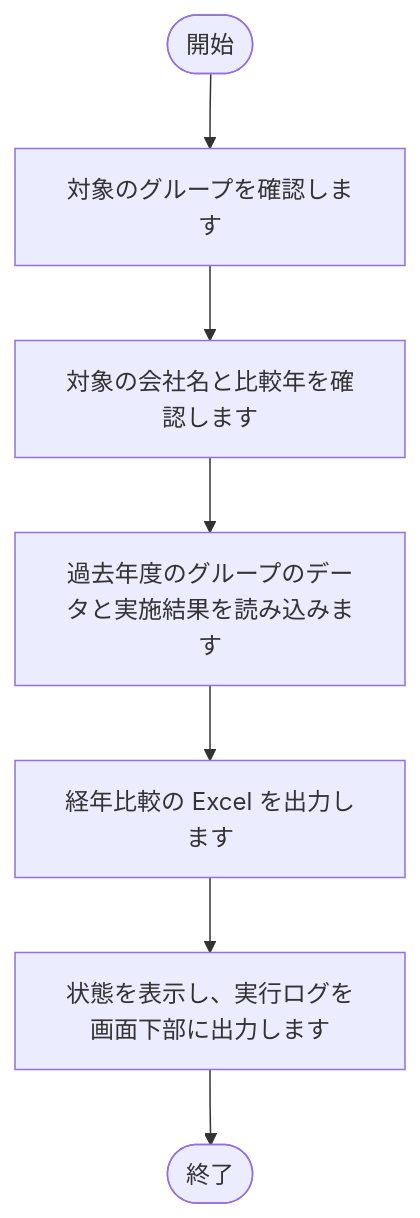
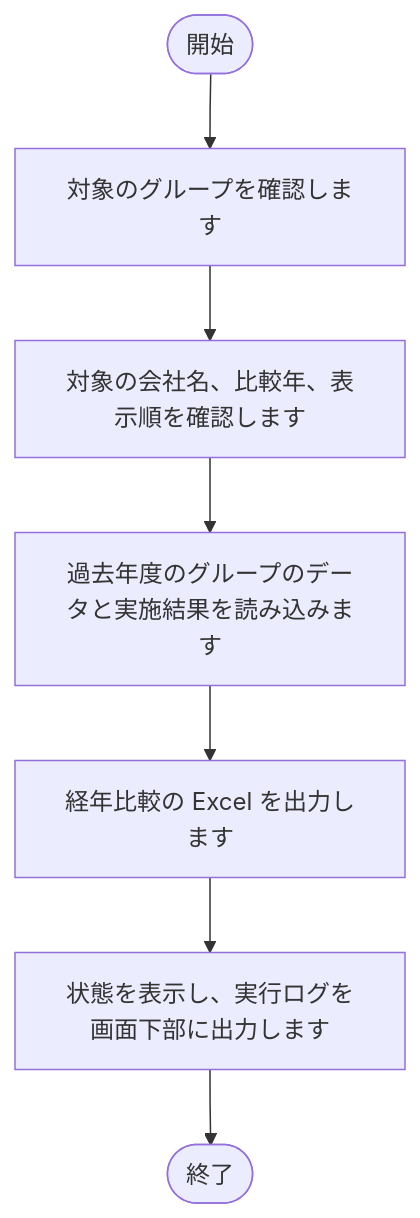
The ninth of 28 diagrams in tool/track-aggregator/doc/02_設計/処理フロー.md (nishida2073/project_management), drawn with Mermaid before and after one commit. The commit also changed other lines of this file and 19 other files, not shown here.

````diff
--- a/tool/track-aggregator/doc/02_設計/処理フロー.md
+++ b/tool/track-aggregator/doc/02_設計/処理フロー.md
@@ -240,16 +242,16 @@
 ```mermaid
 flowchart TD
     S(["開始"])
     E(["終了"])
     N1["対象のグループを確認します"]
     S --> N1
-    N2["対象の会社名と比較年を確認します"]
+    N2["対象の会社名、比較年、表示順を確認します"]
     N1 --> N2
     N3["過去年度のグループのデータと実施結果を読み込みます"]
     N2 --> N3
     N4["経年比較の Excel を出力します"]
     N3 --> N4
     N5["状態を表示し、実行ログを画面下部に出力します"]
     N4 --> N5
     N5 --> E
 ```
````
